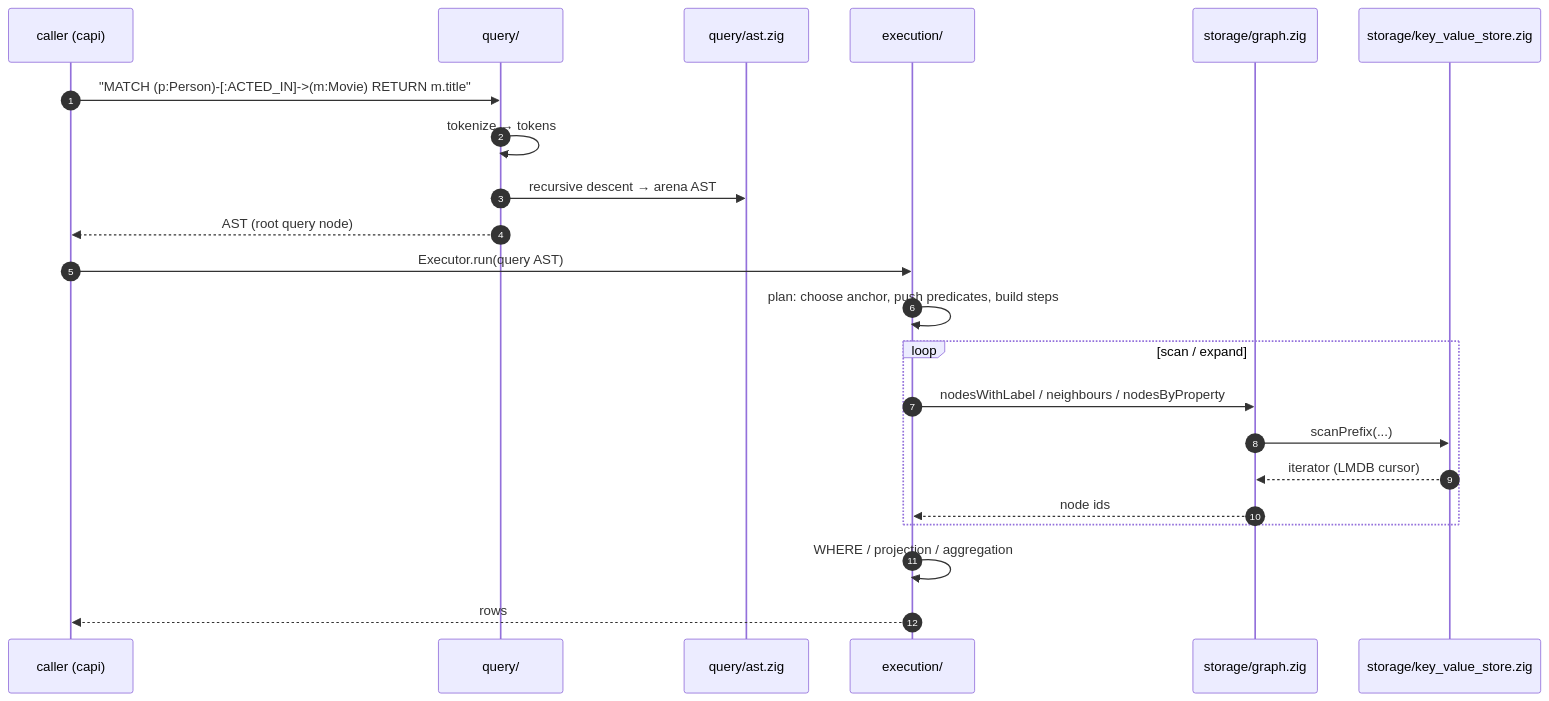
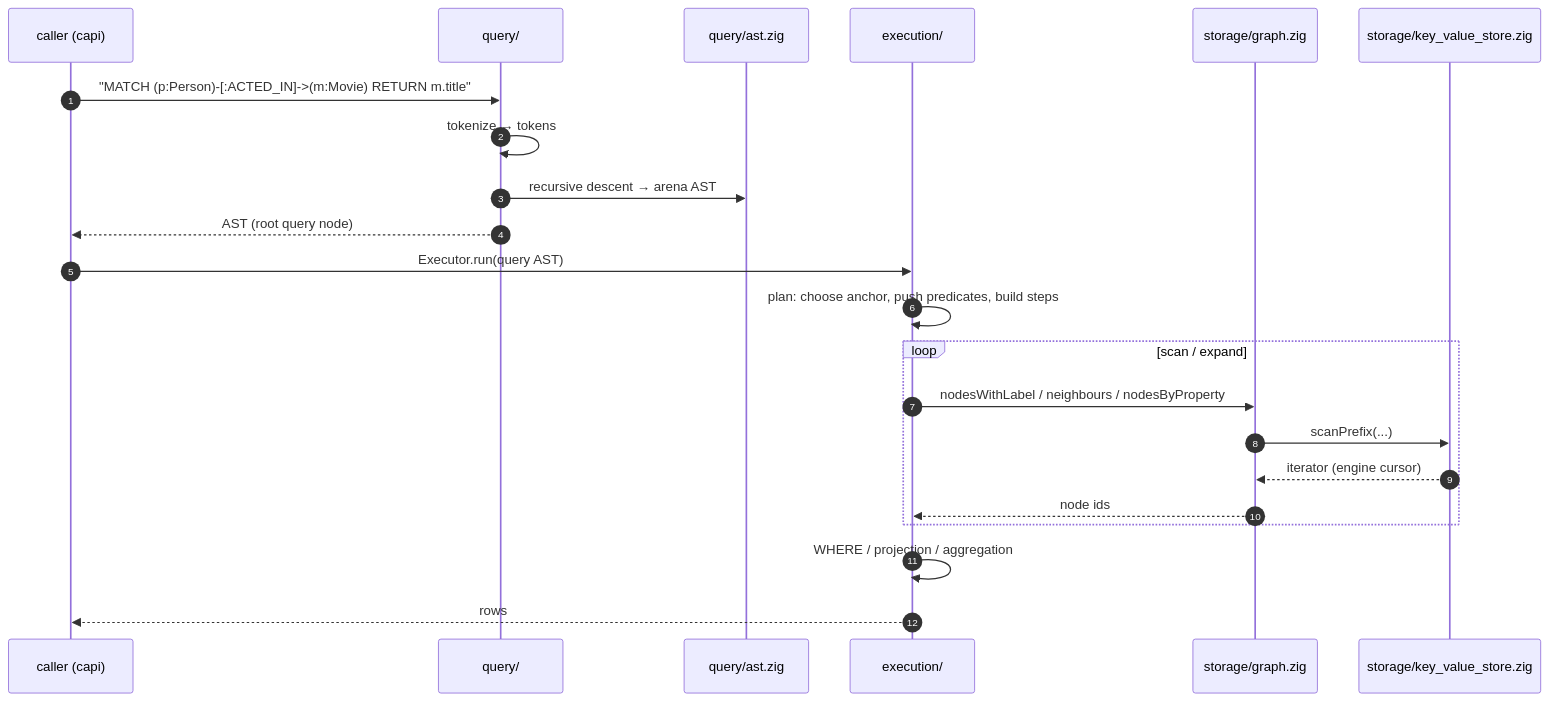
The second of 2 diagrams in docs/guide/architecture.md (acasadom/zypherdb), drawn with Mermaid before and after one commit. The commit also changed other lines of this file and 32 other files, not shown here.

````diff
--- a/docs/guide/architecture.md
+++ b/docs/guide/architecture.md
@@ -129,25 +136,25 @@
 ```{mermaid}
 sequenceDiagram
   autonumber
   participant C as caller (capi)
   participant P as query/
   participant A as query/ast.zig
   participant E as execution/
   participant G as storage/graph.zig
   participant S as storage/key_value_store.zig
 
   C->>P: "MATCH (p:Person)-[:ACTED_IN]->(m:Movie) RETURN m.title"
   P->>P: tokenize → tokens
   P->>A: recursive descent → arena AST
   P-->>C: AST (root query node)
   C->>E: Executor.run(query AST)
   E->>E: plan: choose anchor, push predicates, build steps
   loop scan / expand
     E->>G: nodesWithLabel / neighbours / nodesByProperty
     G->>S: scanPrefix(...)
-    S-->>G: iterator (LMDB cursor)
+    S-->>G: iterator (engine cursor)
     G-->>E: node ids
   end
   E->>E: WHERE / projection / aggregation
   E-->>C: rows
 ```
````
